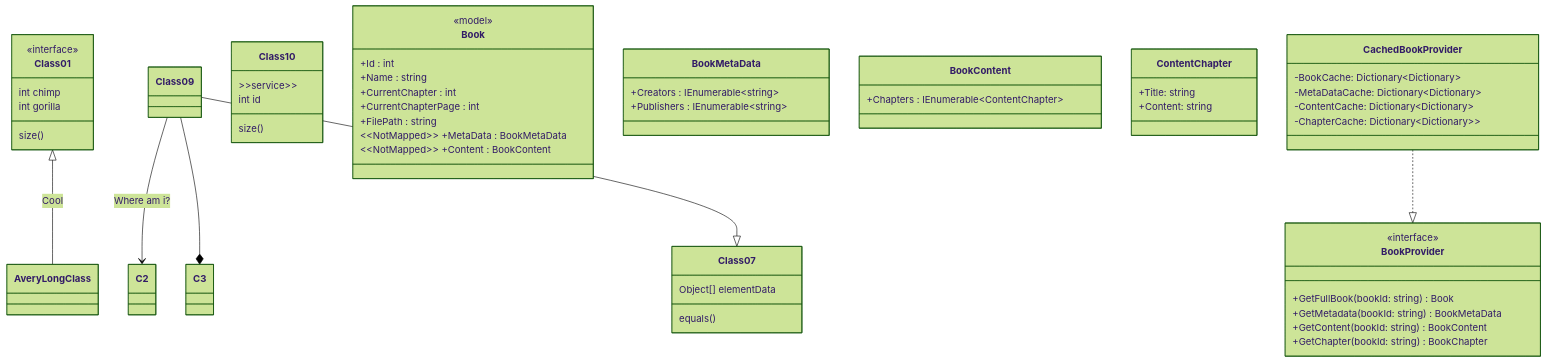
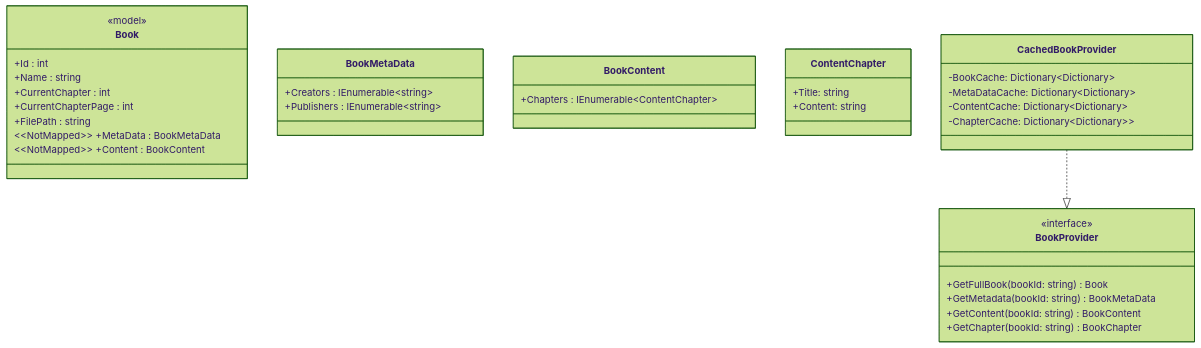
Before and after one commit to JulianKirk/ReadOtter: the diagram in README.md, drawn with Mermaid (forest theme).

Commit message:
removing unecessary class stuff

````diff
--- a/README.md
+++ b/README.md
@@ -3,59 +3,44 @@
 ```mermaid
 classDiagram
-Class01 <|-- AveryLongClass : Cool
-<<interface>> Class01
-Class09 --> C2 : Where am i?
-Class09 --* C3
-Class09 --|> Class07
-Class07 : equals()
-Class07 : Object[] elementData
-Class01 : size()
-Class01 : int chimp
-Class01 : int gorilla
-class Class10 {
-  >>service>>
-  int id
-  size()
-}
 class Book{
     <<model>>
     +Id : int
     +Name : string
     +CurrentChapter : int
     +CurrentChapterPage : int
     +FilePath : string
     &lt&ltNotMapped&gt&gt +MetaData : BookMetaData
     &lt&ltNotMapped&gt&gt +Content : BookContent
 }
 
 class BookMetaData{
     +Creators : IEnumerable&ltstring&gt
     +Publishers : IEnumerable&ltstring&gt
 }
 
 class BookContent{
     +Chapters : IEnumerable&ltContentChapter&gt
 }
 
 class ContentChapter{
     +Title: string
     +Content: string
 }
 
 class BookProvider {
   <<interface>>
   +GetFullBook(bookId: string) Book
   +GetMetadata(bookId: string) BookMetaData
   +GetContent(bookId: string) BookContent
   +GetChapter(bookId: string) BookChapter
 }
 
 class CachedBookProvider {
     -BookCache: Dictionary&lt;Dictionary<int, Book>&gt;
     -MetaDataCache: Dictionary&lt;Dictionary<int, BookMetaData>&gt;
     -ContentCache: Dictionary&lt;Dictionary<int, BookContent>&gt;
     -ChapterCache: Dictionary&lt;Dictionary<int, List<BookChapter>>&gt;
  }
 
 CachedBookProvider ..|> BookProvider
 ```
````
